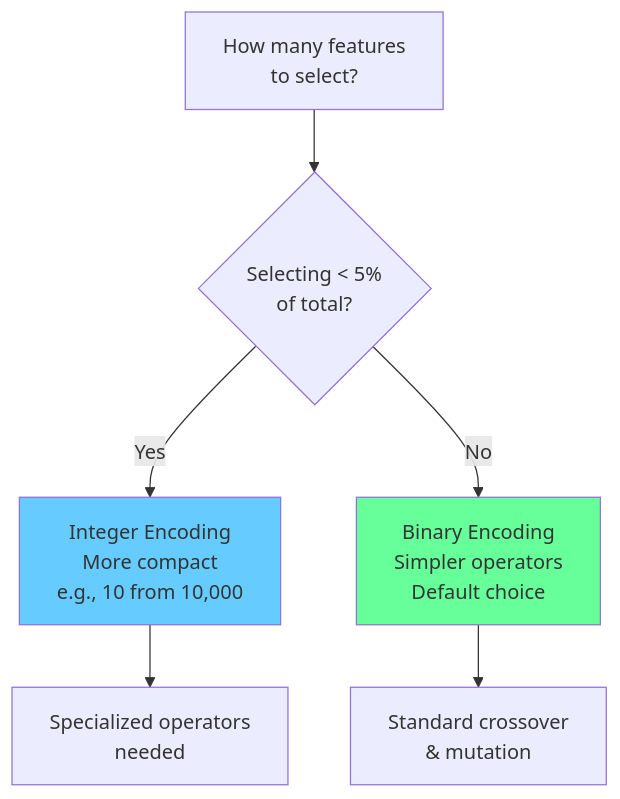
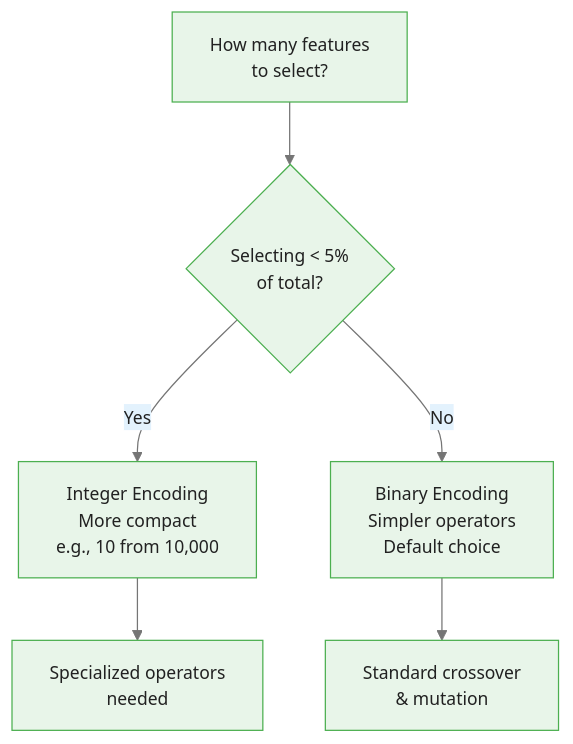
Before and after one commit to m-deane/course-creator: the second of 3 diagrams in courses/genetic-algorithms-feature-selection/modules/module_01_ga_fundamentals/guides/01_encoding_slides.md, drawn with Mermaid. The commit also changed other lines of this file and 52 other files, not shown here.

````diff
--- a/courses/genetic-algorithms-feature-selection/modules/module_01_ga_fundamentals/guides/01_encoding_slides.md
+++ b/courses/genetic-algorithms-feature-selection/modules/module_01_ga_fundamentals/guides/01_encoding_slides.md
@@ -85,10 +84,9 @@
 ```mermaid
+%%{init: {"theme": "base", "themeVariables": {"primaryColor": "#e8f5e9", "primaryBorderColor": "#4caf50", "primaryTextColor": "#212121", "secondaryColor": "#e3f2fd", "tertiaryColor": "#fff8e1", "lineColor": "#757575", "fontFamily": "Inter, sans-serif", "fontSize": "14px"}}}%%
 flowchart TD
     A["How many features<br/>to select?"] --> B{"Selecting < 5%<br/>of total?"}
     B -->|Yes| C["Integer Encoding<br/>More compact<br/>e.g., 10 from 10,000"]
     B -->|No| D["Binary Encoding<br/>Simpler operators<br/>Default choice"]
     C --> E["Specialized operators<br/>needed"]
     D --> F["Standard crossover<br/>& mutation"]
-    style D fill:#6f9
-    style C fill:#6cf
 ```
````
